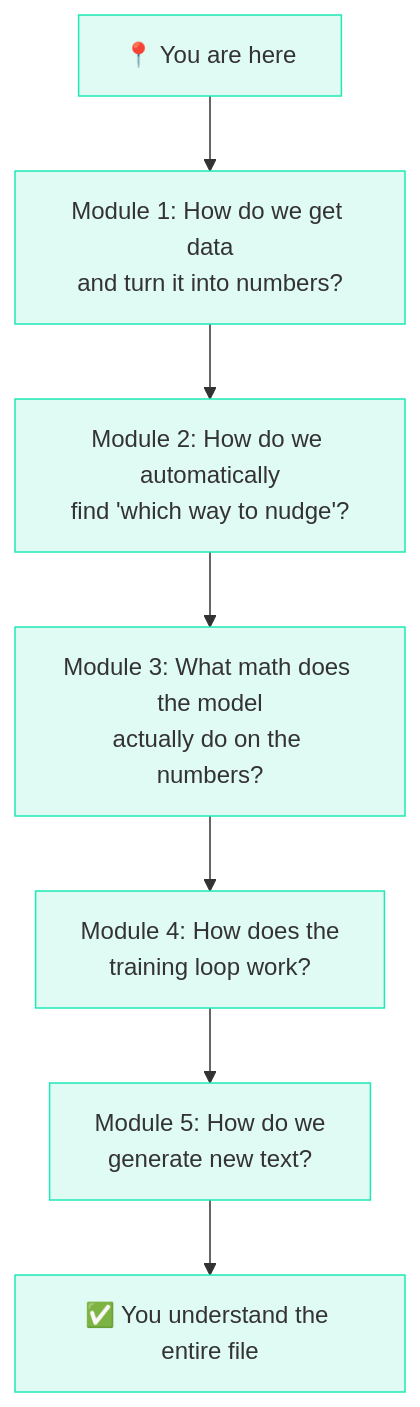
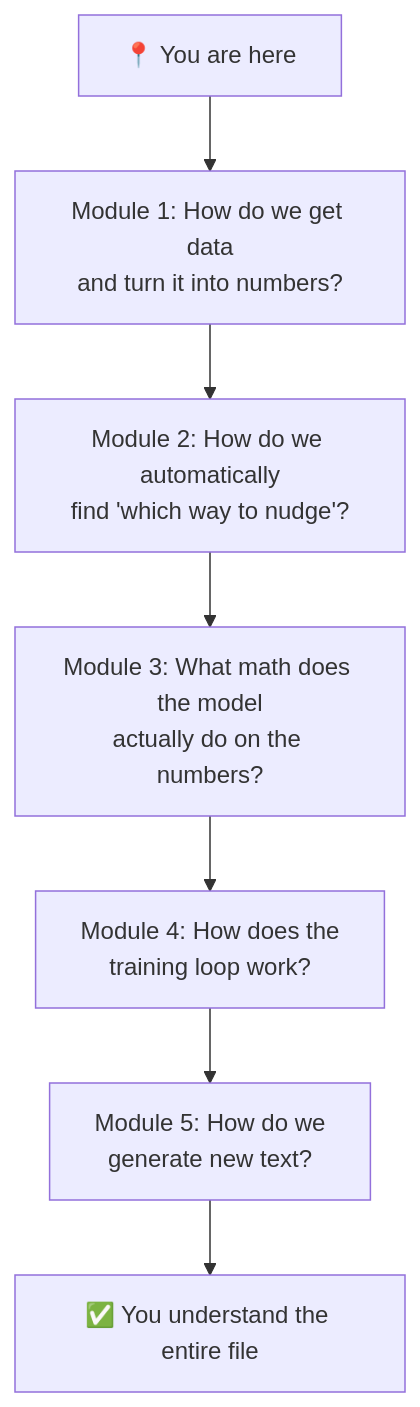
One commit to iamkhalid2/microgpt-course changed the second of 2 diagrams in docs/00-the-big-picture/02-the-learning-machine-analogy.md. Above: the diagram before and after it, drawn with Mermaid. The commit also changed other lines of this file and 20 other files, not shown here.

Commit message:
Remove all inline Mermaid styles - let theme handle colors natively

````diff
--- a/docs/00-the-big-picture/02-the-learning-machine-analogy.md
+++ b/docs/00-the-big-picture/02-the-learning-machine-analogy.md
@@ -119,18 +115,10 @@
 ```mermaid
 flowchart TD
     HERE["📍 You are here"] --> M1
     M1["Module 1: How do we get data<br>and turn it into numbers?"] --> M2
     M2["Module 2: How do we automatically<br>find 'which way to nudge'?"] --> M3
     M3["Module 3: What math does the model<br>actually do on the numbers?"] --> M4
     M4["Module 4: How does the<br>training loop work?"] --> M5
     M5["Module 5: How do we<br>generate new text?"] --> DONE
     DONE["✅ You understand the entire file"]
-
-    style HERE fill:#e0faf4,stroke:#1de9b6
-    style M1 fill:#e0faf4,stroke:#1de9b6
-    style M2 fill:#e0faf4,stroke:#1de9b6
-    style M3 fill:#e0faf4,stroke:#1de9b6
-    style M4 fill:#e0faf4,stroke:#1de9b6
-    style M5 fill:#e0faf4,stroke:#1de9b6
-    style DONE fill:#e0faf4,stroke:#1de9b6
 ```
````
